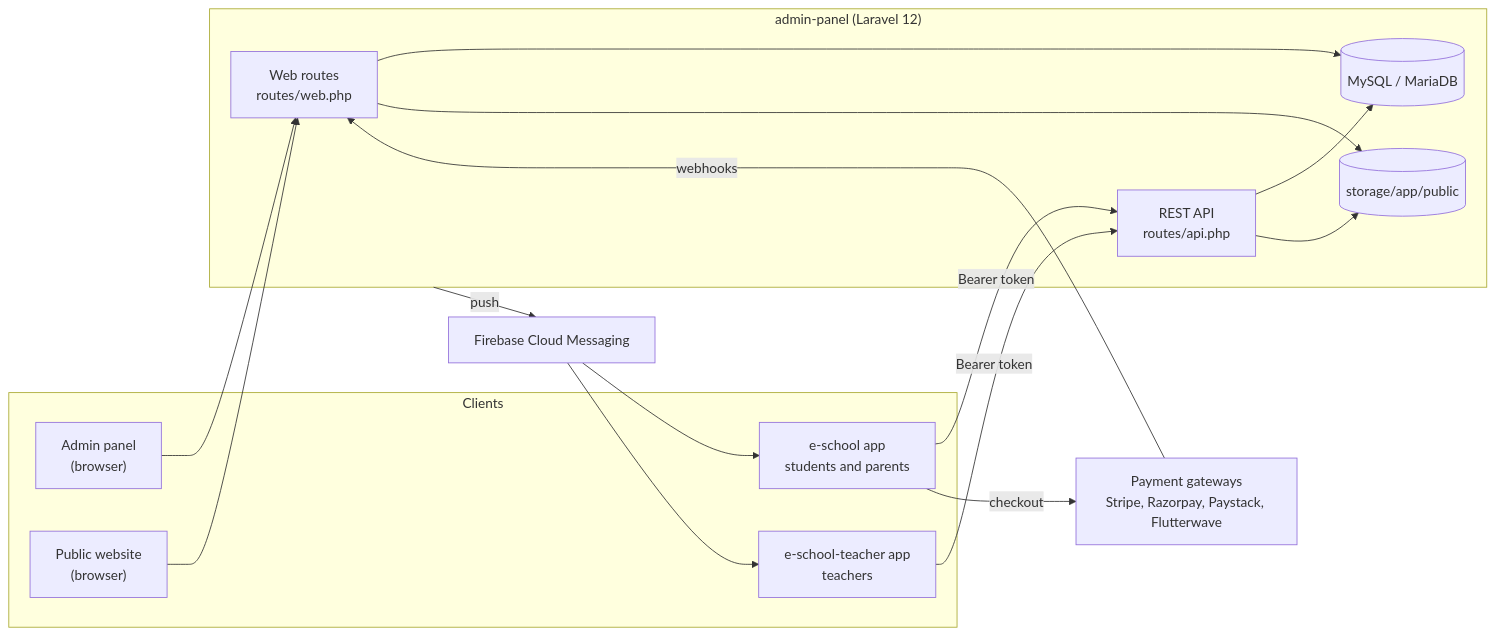
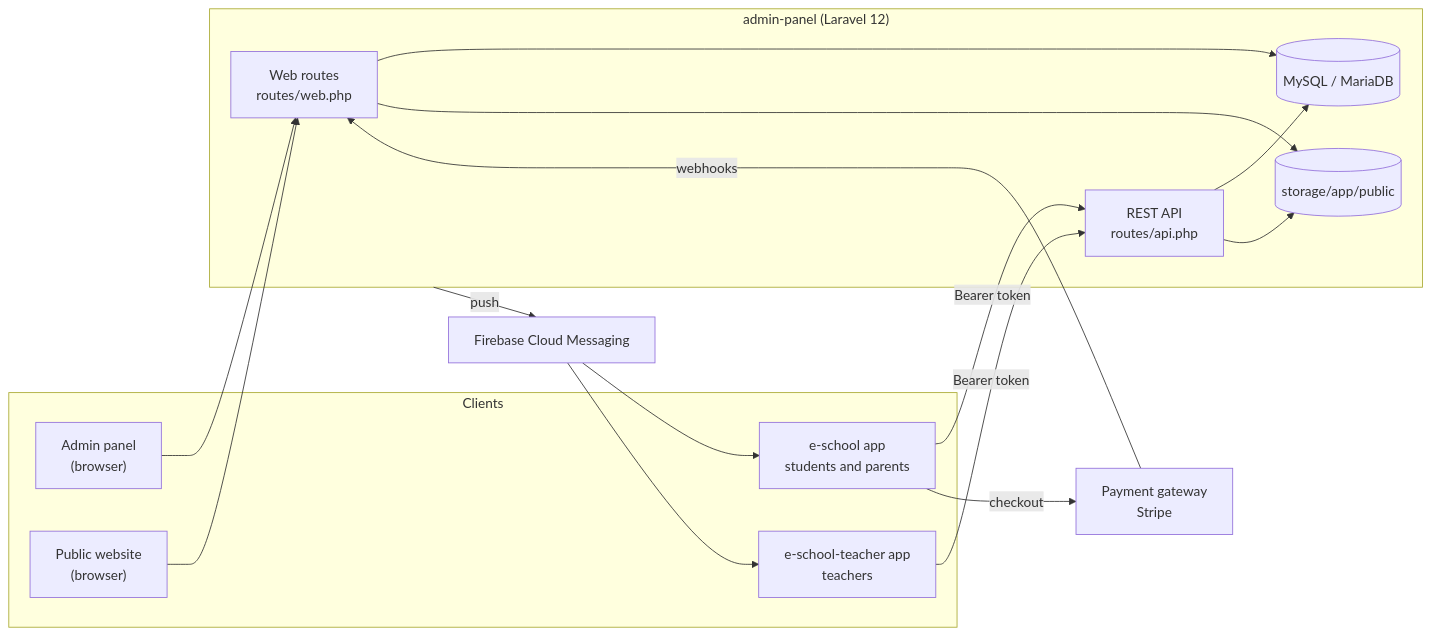
The diagram in wiki/Home.md (ShawnDaPrawn/Eschool), drawn with Mermaid before and after one commit. The commit also changed other lines of this file and 5 other files, not shown here.

````diff
--- a/wiki/Home.md
+++ b/wiki/Home.md
@@ -7,28 +7,28 @@
 ```mermaid
 flowchart LR
     subgraph Clients
         A["Admin panel<br/>(browser)"]
         W["Public website<br/>(browser)"]
         S["e-school app<br/>students and parents"]
         T["e-school-teacher app<br/>teachers"]
     end
     subgraph Server["admin-panel (Laravel 12)"]
         WEB["Web routes<br/>routes/web.php"]
         API["REST API<br/>routes/api.php"]
         DB[("MySQL / MariaDB")]
         FS[("storage/app/public")]
     end
     A --> WEB
     W --> WEB
     S -- "Bearer token" --> API
     T -- "Bearer token" --> API
     WEB --> DB
     API --> DB
     WEB --> FS
     API --> FS
     Server -- "push" --> FCM["Firebase Cloud Messaging"]
     FCM --> S
     FCM --> T
-    PG["Payment gateways<br/>Stripe, Razorpay, Paystack, Flutterwave"] -- "webhooks" --> WEB
+    PG["Payment gateway<br/>Stripe"] -- "webhooks" --> WEB
     S -- "checkout" --> PG
 ```
````
